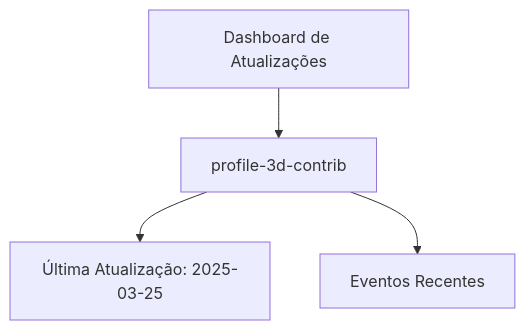
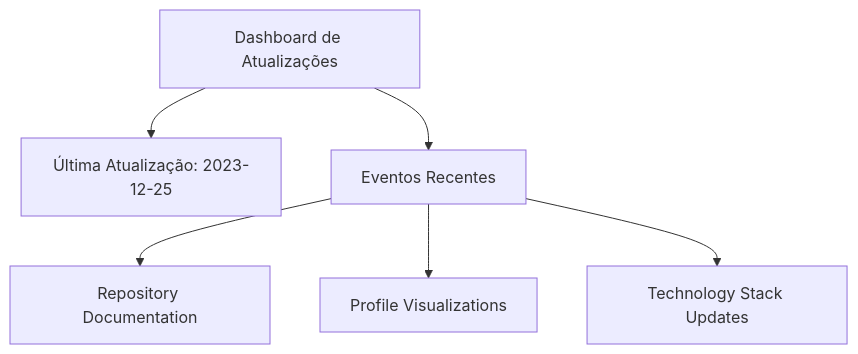
The sixth of 6 diagrams in DASHBOARD.md (govinda777/govinda777), drawn with Mermaid before and after one commit. The commit also changed other lines of this file and 1 other file, not shown here.

````diff
--- a/DASHBOARD.md
+++ b/DASHBOARD.md
@@ -105,10 +129,15 @@
 ```mermaid
 flowchart TD
     A[Dashboard de Atualizações]
-    P[profile-3d-contrib]
-    T[Última Atualização: 2025-03-25]
+    T[Última Atualização: 2023-12-25]
     E[Eventos Recentes]
-    A --> P
-    P --> T
-    P --> E
+    C1[Repository Documentation]
+    C2[Profile Visualizations]
+    C3[Technology Stack Updates]
+    
+    A --> T
+    A --> E
+    E --> C1
+    E --> C2
+    E --> C3
 ```
````
